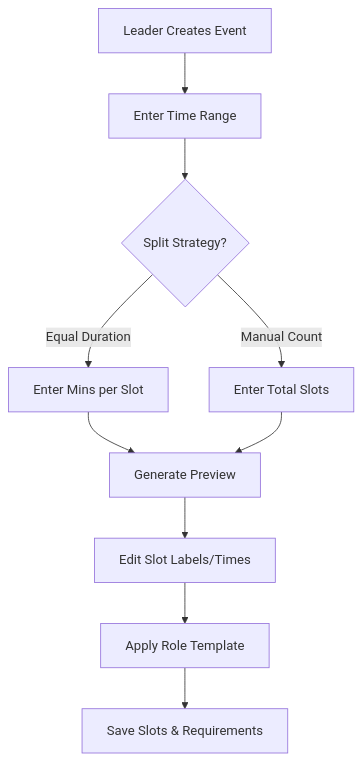
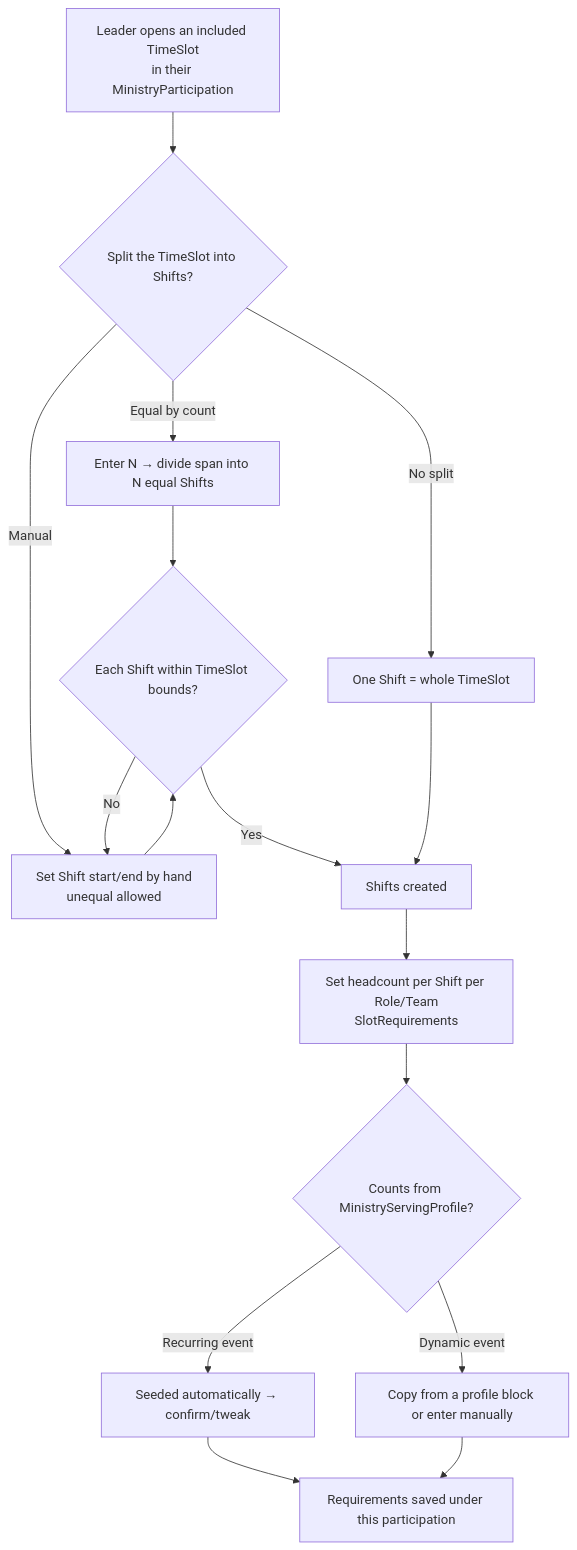
One commit to tiagoluizpoli/church changed the diagram in manual-planning/0001-volunteer-scheduling/flowcharts/slot-generation-flow.md. Above: the diagram before and after it, drawn with Mermaid. The commit also changed other lines of this file and 33 other files, not shown here.

````diff
--- a/manual-planning/0001-volunteer-scheduling/flowcharts/slot-generation-flow.md
+++ b/manual-planning/0001-volunteer-scheduling/flowcharts/slot-generation-flow.md
@@ -3,14 +5,20 @@
 ```mermaid
 graph TD
-    A[Leader Creates Event] --> B[Enter Time Range]
-    B --> C{Split Strategy?}
-    C -->|Equal Duration| D[Enter Mins per Slot]
-    C -->|Manual Count| E[Enter Total Slots]
-    
-    D --> F[Generate Preview]
+    A[Leader opens an included TimeSlot<br>in their MinistryParticipation] --> B{Split the TimeSlot into Shifts?}
+    B -->|No split| C[One Shift = whole TimeSlot]
+    B -->|Equal by count| D[Enter N → divide span into N equal Shifts]
+    B -->|Manual| E[Set Shift start/end by hand<br>unequal allowed]
+
+    D --> F{Each Shift within TimeSlot bounds?}
     E --> F
-    
-    F --> G[Edit Slot Labels/Times]
-    G --> H[Apply Role Template]
-    H --> I[Save Slots & Requirements]
+    F -->|No| E
+    F -->|Yes| G[Shifts created]
+    C --> G
+
+    G --> H[Set headcount per Shift per Role/Team<br>SlotRequirements]
+    H --> I{Counts from MinistryServingProfile?}
+    I -->|Recurring event| J[Seeded automatically → confirm/tweak]
+    I -->|Dynamic event| K[Copy from a profile block or enter manually]
+    J --> L[Requirements saved under this participation]
+    K --> L
 ```
````
